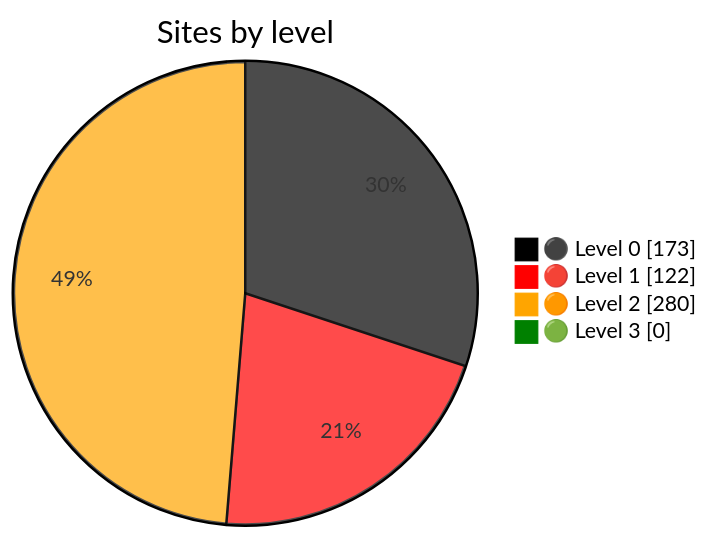
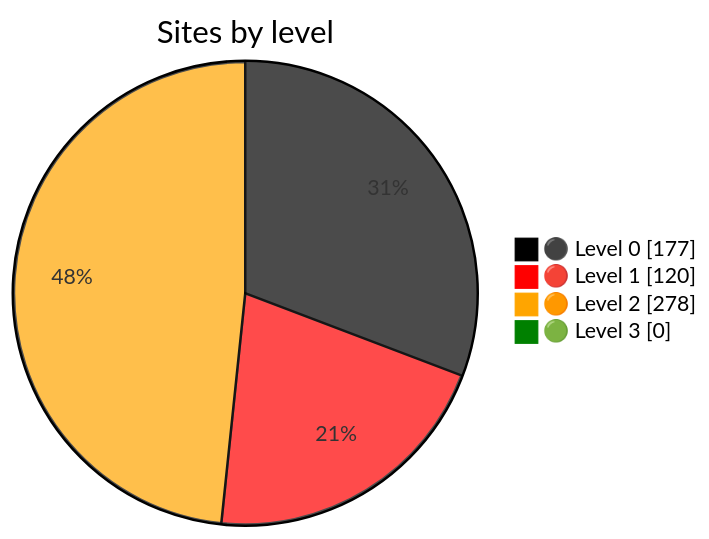
One commit to nuuuwan/gov_lk_web_auditor changed the diagram in README.md. Above: the diagram before and after it, drawn with Mermaid. The commit also changed other lines of this file and 2585 other files, not shown here.

````diff
--- a/README.md
+++ b/README.md
@@ -24,9 +24,9 @@
 ```mermaid
 %%{init: {"themeVariables":{"pie1":"black","pie2":"red","pie3":"orange","pie4":"green"}}}%%
 pie showData
     title Sites by level
-    "⚫ Level 0" : 173
-    "🔴 Level 1" : 122
-    "🟠 Level 2" : 280
+    "⚫ Level 0" : 177
+    "🔴 Level 1" : 120
+    "🟠 Level 2" : 278
     "🟢 Level 3" : 0
 ```
````
